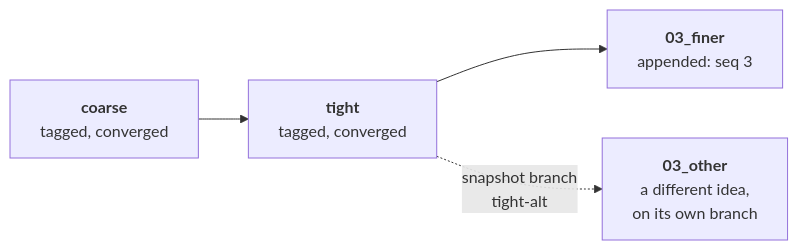
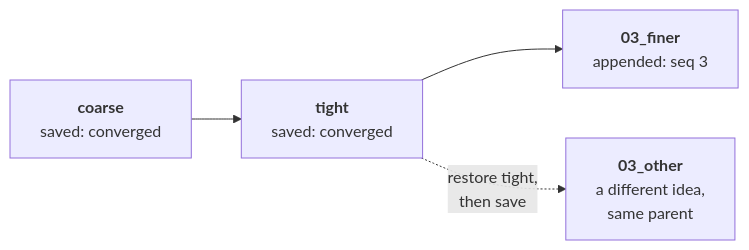
Before and after one commit to Qing-LAB/molbuilder: the fourth of 4 diagrams in docs/execution/worked-example.md, drawn with Mermaid. The commit also changed other lines of this file and 6 other files, not shown here.

````diff
--- a/docs/execution/worked-example.md
+++ b/docs/execution/worked-example.md
@@ -362,6 +362,6 @@
 ```mermaid
 flowchart LR
-    A["<b>coarse</b><br/>tagged, converged"] --> B["<b>tight</b><br/>tagged, converged"]
+    A["<b>coarse</b><br/>saved: converged"] --> B["<b>tight</b><br/>saved: converged"]
     B --> C["<b>03_finer</b><br/>appended: seq 3"]
-    B -.->|"snapshot branch<br/>tight-alt"| D["<b>03_other</b><br/>a different idea,<br/>on its own branch"]
+    B -.->|"restore tight,<br/>then save"| D["<b>03_other</b><br/>a different idea,<br/>same parent"]
 ```
````
